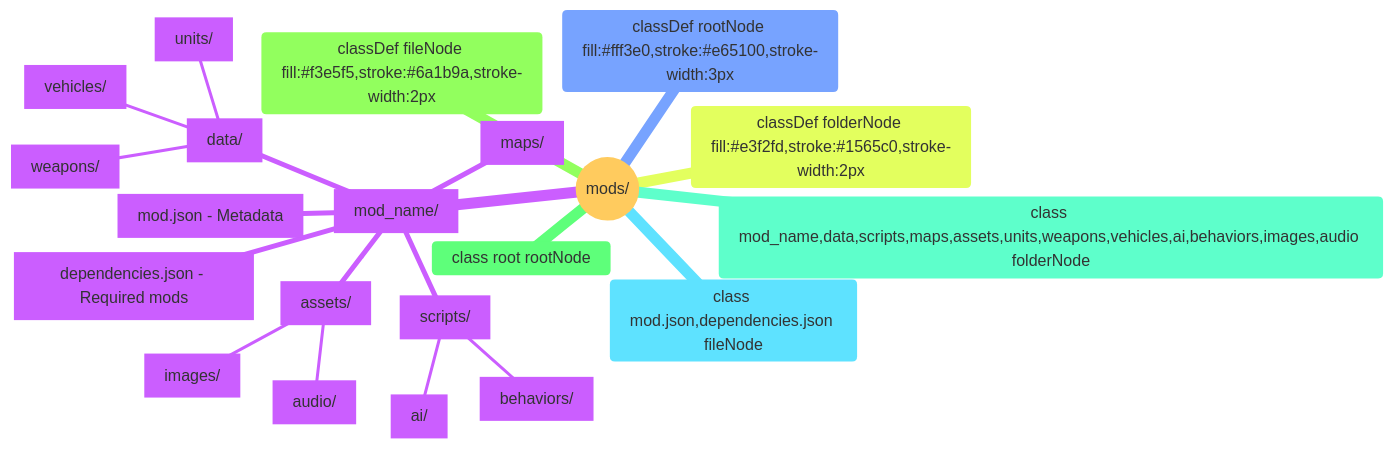
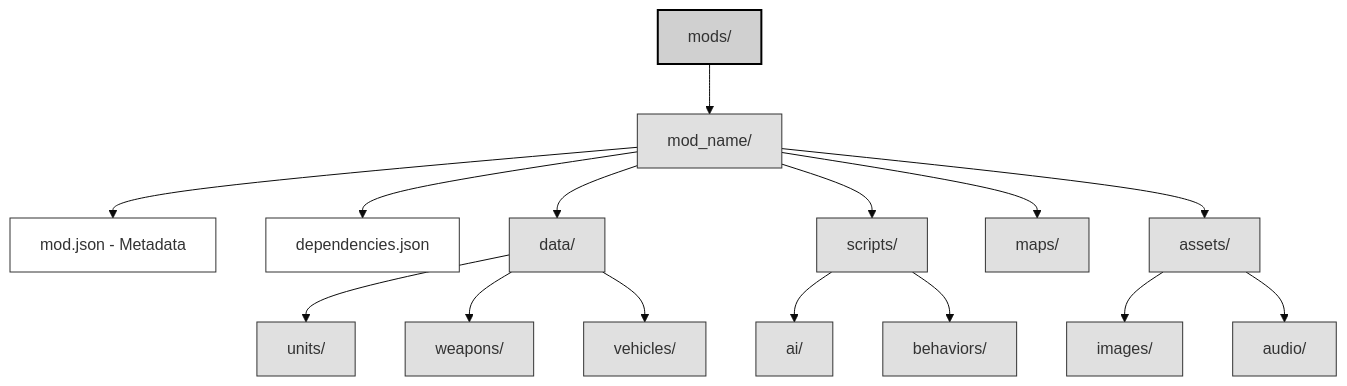
The third of 5 diagrams in chapter_10_recommendations.md (jukofyork/close-combat-architecture-study), drawn with Mermaid (base theme) before and after one commit. The commit also changed other lines of this file and 15 other files, not shown here.

````diff
--- a/chapter_10_recommendations.md
+++ b/chapter_10_recommendations.md
@@ -546,25 +546,41 @@
 ```mermaid
-mindmap
-  root((mods/))
-    mod_name["mod_name/"]
-      mod.json["mod.json - Metadata"]
-      dependencies.json["dependencies.json - Required mods"]
-      data["data/"]
-        units["units/"]
-        weapons["weapons/"]
-        vehicles["vehicles/"]
-      scripts["scripts/"]
-        ai["ai/"]
-        behaviors["behaviors/"]
-      maps["maps/"]
-      assets["assets/"]
-        images["images/"]
-        audio["audio/"]
+flowchart TD
+    ROOT["mods/"]
+    MOD["mod_name/"]
+    META["mod.json - Metadata"]
+    DEPS["dependencies.json"]
+    DATA["data/"]
+    SCRIPTS["scripts/"]
+    MAPS["maps/"]
+    ASSETS["assets/"]
+    UNITS["units/"]
+    WEAPONS["weapons/"]
+    VEHICLES["vehicles/"]
+    AI["ai/"]
+    BEHAVIORS["behaviors/"]
+    IMAGES["images/"]
+    AUDIO["audio/"]
 
-    classDef rootNode fill:#fff3e0,stroke:#e65100,stroke-width:3px
-    classDef folderNode fill:#e3f2fd,stroke:#1565c0,stroke-width:2px
-    classDef fileNode fill:#f3e5f5,stroke:#6a1b9a,stroke-width:2px
-    class root rootNode
-    class mod_name,data,scripts,maps,assets,units,weapons,vehicles,ai,behaviors,images,audio folderNode
-    class mod.json,dependencies.json fileNode
+    ROOT --> MOD
+    MOD --> META
+    MOD --> DEPS
+    MOD --> DATA
+    MOD --> SCRIPTS
+    MOD --> MAPS
+    MOD --> ASSETS
+    DATA --> UNITS
+    DATA --> WEAPONS
+    DATA --> VEHICLES
+    SCRIPTS --> AI
+    SCRIPTS --> BEHAVIORS
+    ASSETS --> IMAGES
+    ASSETS --> AUDIO
+
+    classDef default fill:#f0f0f0,stroke:#333,stroke-width:1px
+    classDef root fill:#d0d0d0,stroke:#000,stroke-width:2px
+    classDef folder fill:#e0e0e0,stroke:#333,stroke-width:1px
+    classDef file fill:#fff,stroke:#333,stroke-width:1px
+    class ROOT root
+    class MOD,DATA,SCRIPTS,MAPS,ASSETS,UNITS,WEAPONS,VEHICLES,AI,BEHAVIORS,IMAGES,AUDIO folder
+    class META,DEPS file
 ```
````
